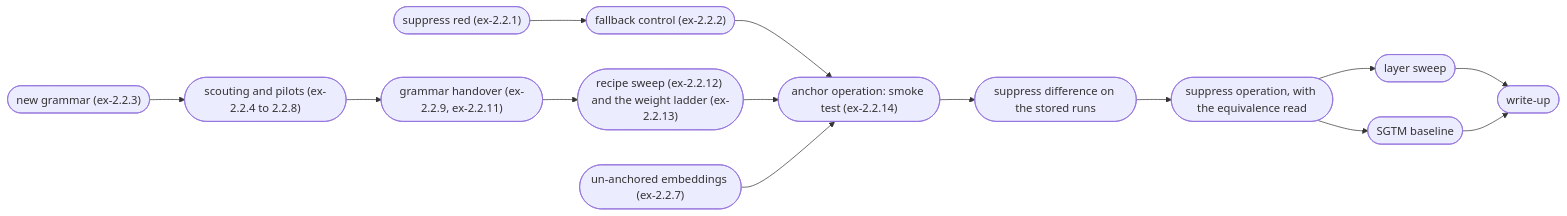
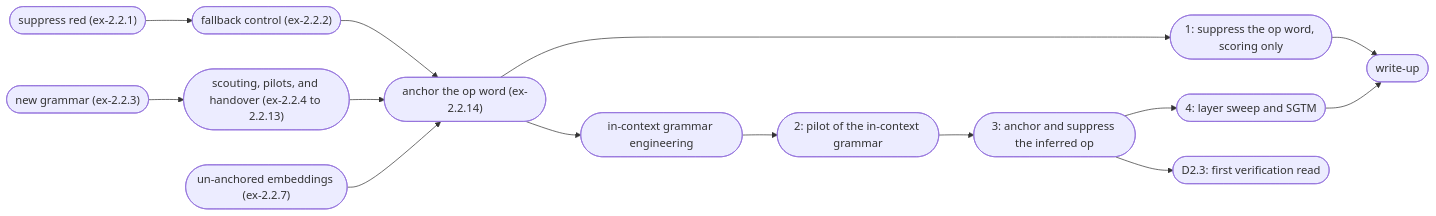
The diagram in docs/m2/d2.2/design.md (z0u-bot/sca2-mirror), drawn with Mermaid before and after one commit. The commit also changed other lines of this file and 9 other files, not shown here.

First line of the commit message:
D2.2: adopt the pivot, and chart a quick route in the design

````diff
--- a/docs/m2/d2.2/design.md
+++ b/docs/m2/d2.2/design.md
@@ -21,20 +40,23 @@
 ```mermaid
 flowchart LR
 a1(["suppress red (ex-2.2.1)"])
 a2(["fallback control (ex-2.2.2)"])
 b1(["new grammar (ex-2.2.3)"])
-b2(["scouting and pilots (ex-2.2.4 to 2.2.8)"])
-b3(["grammar handover (ex-2.2.9, ex-2.2.11)"])
-b4(["recipe sweep (ex-2.2.12) and the weight ladder (ex-2.2.13)"])
+b2(["scouting, pilots, and handover (ex-2.2.4 to 2.2.13)"])
 c1(["un-anchored embeddings (ex-2.2.7)"])
-main1(["anchor operation: smoke test (ex-2.2.14)"])
-main2a(["suppress difference on the stored runs"])
-main2(["suppress operation, with the equivalence read"])
-sweep(["layer sweep"])
-comp(["SGTM baseline"])
+main1(["anchor the op word (ex-2.2.14)"])
+r1(["1: suppress the op word, scoring only"])
+eng(["in-context grammar engineering"])
+r2(["2: pilot of the in-context grammar"])
+r3(["3: anchor and suppress the inferred op"])
+r4(["4: layer sweep and SGTM"])
+d23(["D2.3: first verification read"])
 w(["write-up"])
 
 a1 --> a2
-b1 --> b2 --> b3 --> b4
-a2 & b4 & c1 --> main1 --> main2a --> main2 --> sweep & comp --> w
+b1 --> b2
+a2 & b2 & c1 --> main1 --> r1 & eng
+eng --> r2 --> r3 --> r4 --> w
+r1 --> w
+r3 --> d23
 ```
````
